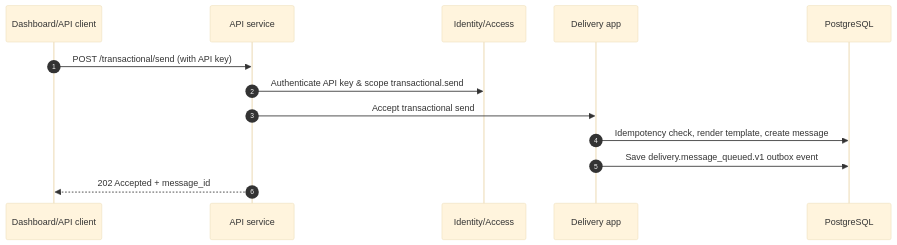
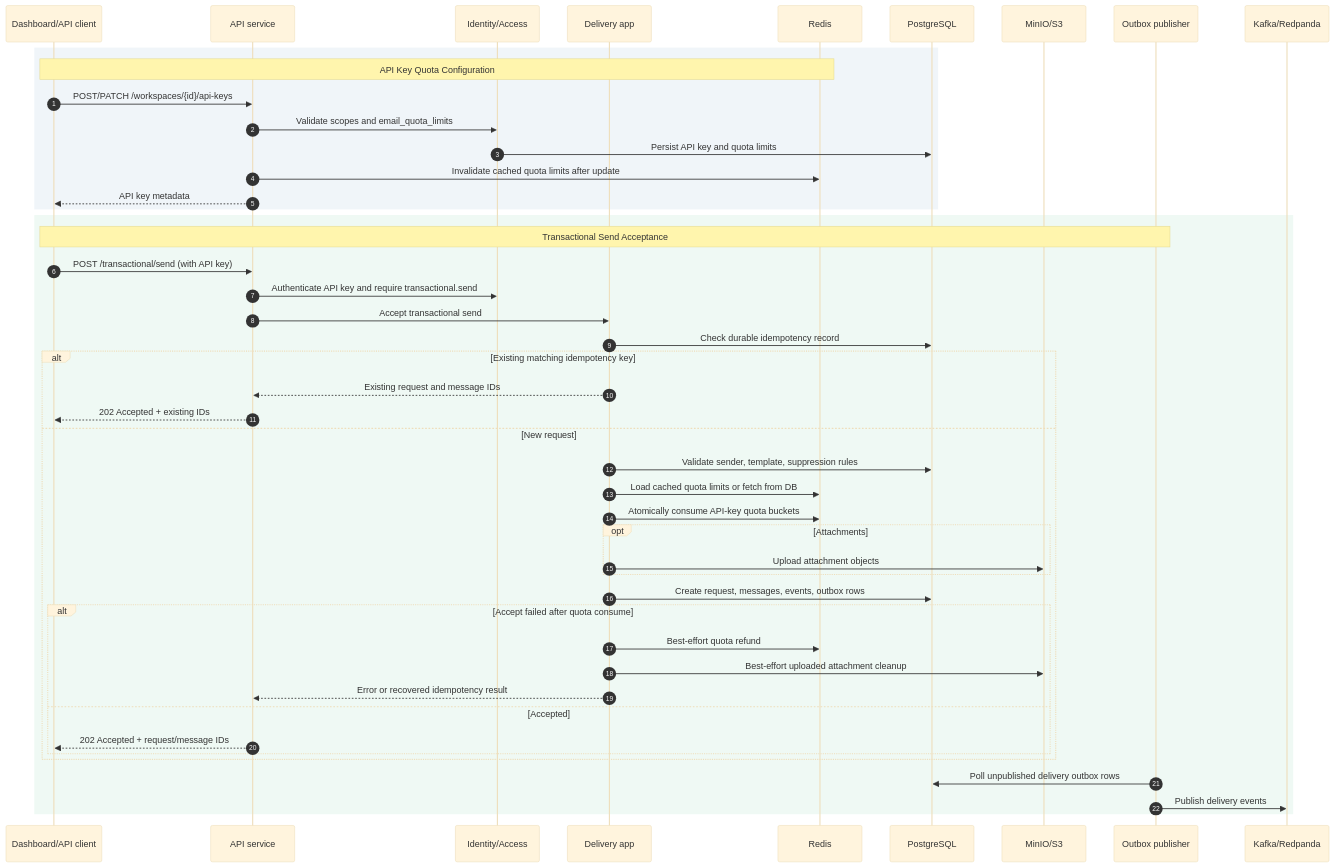
The fifth of 8 diagrams in README.md (ninggiangboy/send-flow-backend), drawn with Mermaid (base theme) before and after one commit. The commit also changed other lines of this file and 8 other files, not shown here.

Commit message:
feat: implement API key quota management with consumption and refund logic

````diff
--- a/README.md
+++ b/README.md
@@ -172,16 +172,51 @@
 ```mermaid
 sequenceDiagram
     autonumber
     participant Client as Dashboard/API client
     participant API as API service
     participant Auth as Identity/Access
     participant Delivery as Delivery app
+    participant Redis as Redis
     participant DB as PostgreSQL
+    participant ObjectStorage as MinIO/S3
+    participant Outbox as Outbox publisher
+    participant Kafka as Kafka/Redpanda
 
-    Client->>API: POST /transactional/send (with API key)
-    API->>Auth: Authenticate API key & scope transactional.send
-    API->>Delivery: Accept transactional send
-    Delivery->>DB: Idempotency check, render template, create message
-    Delivery->>DB: Save delivery.message_queued.v1 outbox event
-    API-->>Client: 202 Accepted + message_id
+    rect rgba(70, 130, 180, 0.08)
+        Note over Client,Redis: API Key Quota Configuration
+        Client->>API: POST/PATCH /workspaces/{id}/api-keys
+        API->>Auth: Validate scopes and email_quota_limits
+        Auth->>DB: Persist API key and quota limits
+        API->>Redis: Invalidate cached quota limits after update
+        API-->>Client: API key metadata
+    end
+
+    rect rgba(60, 179, 113, 0.08)
+        Note over Client,Outbox: Transactional Send Acceptance
+        Client->>API: POST /transactional/send (with API key)
+        API->>Auth: Authenticate API key and require transactional.send
+        API->>Delivery: Accept transactional send
+        Delivery->>DB: Check durable idempotency record
+        alt Existing matching idempotency key
+            Delivery-->>API: Existing request and message IDs
+            API-->>Client: 202 Accepted + existing IDs
+        else New request
+            Delivery->>DB: Validate sender, template, suppression rules
+            Delivery->>Redis: Load cached quota limits or fetch from DB
+            Delivery->>Redis: Atomically consume API-key quota buckets
+            opt Attachments
+                Delivery->>ObjectStorage: Upload attachment objects
+            end
+            Delivery->>DB: Create request, messages, events, outbox rows
+            alt Accept failed after quota consume
+                Delivery->>Redis: Best-effort quota refund
+                Delivery->>ObjectStorage: Best-effort uploaded attachment cleanup
+                Delivery-->>API: Error or recovered idempotency result
+            else Accepted
+                API-->>Client: 202 Accepted + request/message IDs
+            end
+        end
+        Outbox->>DB: Poll unpublished delivery outbox rows
+        Outbox->>Kafka: Publish delivery events
+    end
 ```
````
